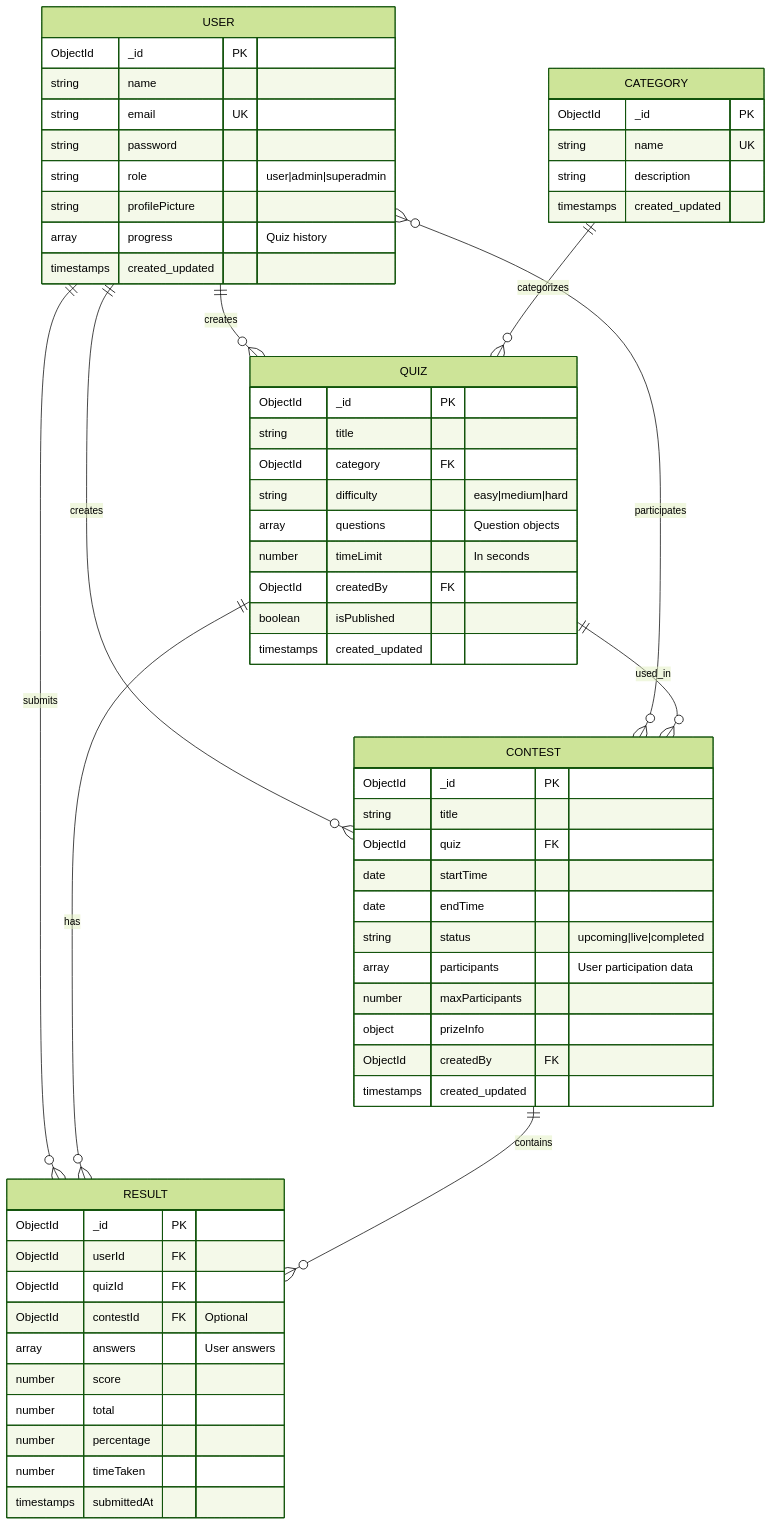
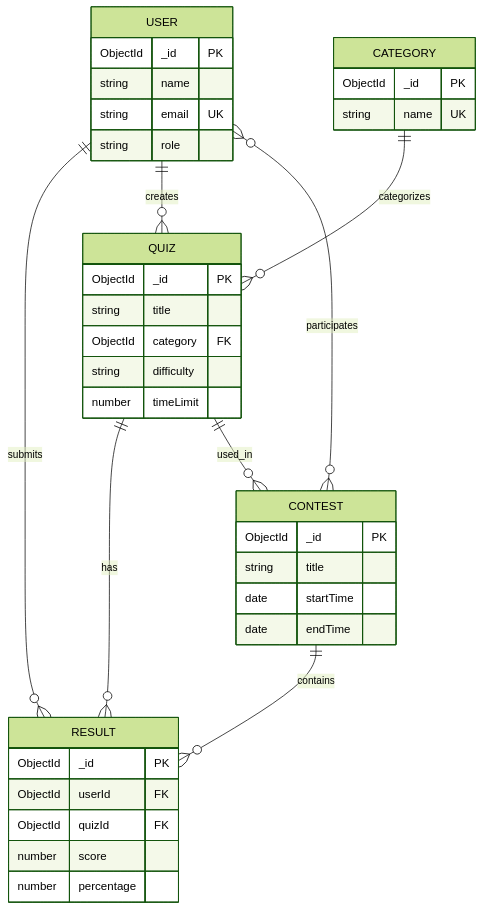
Before and after one commit to ajaykhawse0/QuizApp: the ninth of 14 diagrams in flowchart.md, drawn with Mermaid (forest theme).

Commit message:
Simplify database schema relationships in flowchart
Reduced the database schema details for USER, QUIZ, RESULT, CONTEST, and CATEGORY entities.

````diff
--- a/flowchart.md
+++ b/flowchart.md
@@ -320,68 +320,47 @@
 ```mermaid
 erDiagram
-    USER ||--o{ RESULT : submits
-    USER ||--o{ QUIZ : creates
-    USER ||--o{ CONTEST : creates
-    USER }o--o{ CONTEST : participates
-    QUIZ ||--o{ RESULT : has
-    QUIZ ||--o{ CONTEST : used_in
-    CONTEST ||--o{ RESULT : contains
-    CATEGORY ||--o{ QUIZ : categorizes
-    
-    USER {
-        ObjectId _id PK
-        string name
-        string email UK
-        string password
-        string role "user|admin|superadmin"
-        string profilePicture
-        array progress "Quiz history"
-        timestamps created_updated
-    }
-    
-    QUIZ {
-        ObjectId _id PK
-        string title
-        ObjectId category FK
-        string difficulty "easy|medium|hard"
-        array questions "Question objects"
-        number timeLimit "In seconds"
-        ObjectId createdBy FK
-        boolean isPublished
-        timestamps created_updated
-    }
-    
-    RESULT {
-        ObjectId _id PK
-        ObjectId userId FK
-        ObjectId quizId FK
-        ObjectId contestId FK "Optional"
-        array answers "User answers"
-        number score
-        number total
-        number percentage
-        number timeTaken
-        timestamps submittedAt
-    }
-    
-    CONTEST {
-        ObjectId _id PK
-        string title
-        ObjectId quiz FK
-        date startTime
-        date endTime
-        string status "upcoming|live|completed"
-        array participants "User participation data"
-        number maxParticipants
-        object prizeInfo
-        ObjectId createdBy FK
-        timestamps created_updated
-    }
-    
-    CATEGORY {
-        ObjectId _id PK
-        string name UK
-        string description
-        timestamps created_updated
-    }
+
+USER ||--o{ RESULT : submits
+USER ||--o{ QUIZ : creates
+USER }o--o{ CONTEST : participates
+QUIZ ||--o{ RESULT : has
+QUIZ ||--o{ CONTEST : used_in
+CONTEST ||--o{ RESULT : contains
+CATEGORY ||--o{ QUIZ : categorizes
+
+USER {
+    ObjectId _id PK
+    string name
+    string email UK
+    string role
+}
+
+QUIZ {
+    ObjectId _id PK
+    string title
+    ObjectId category FK
+    string difficulty
+    number timeLimit
+}
+
+RESULT {
+    ObjectId _id PK
+    ObjectId userId FK
+    ObjectId quizId FK
+    number score
+    number percentage
+}
+
+CONTEST {
+    ObjectId _id PK
+    string title
+    date startTime
+    date endTime
+}
+
+CATEGORY {
+    ObjectId _id PK
+    string name UK
+}
+
 ```
````
